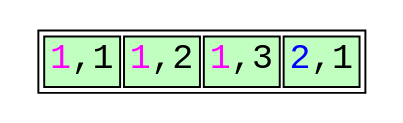
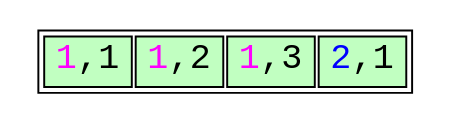
One commit to petergeoghegan/pg_query_internals changed the diagram in leaf-page-split.dot. Above: the diagram before and after it, drawn with Graphviz. The commit also changed 6 other files, not shown here.

```diff
--- a/leaf-page-split.dot
+++ b/leaf-page-split.dot
@@ -1,29 +1,29 @@
 // Example B-Tree graph
 //
 // Breadth-first order
 //
 // Start from root, go left to right
 //
 // Workflow:
 //
 // $ dot -T svg btree.dot -o btree.svg;
 
 digraph nbtree {
 graph [fontname = "monospace"];
 node [shape = none,height=.1,fontname = "monospace",fontsize=18];
 // Level 0 (leaf level)
-leafnode_1[ label=<<table>
+leafnode_1[ label=<<table width="180">
                     <tr>
-                        <td bgcolor='darkseagreen1' port="t2"><font color="magenta">1</font>,1</td>
-                        <td bgcolor='darkseagreen1' port="t3"><font color="magenta">1</font>,2</td>
-                        <td bgcolor='darkseagreen1' port="t4"><font color="magenta">1</font>,3</td>
+                        <td bgcolor='darkseagreen1' port="t2" width="45"><font color="magenta">1</font>,1</td>
+                        <td bgcolor='darkseagreen1' port="t3" width="45"><font color="magenta">1</font>,2</td>
+                        <td bgcolor='darkseagreen1' port="t4" width="45"><font color="magenta">1</font>,3</td>
                         <!-- <td align="center" border="0" bgcolor='white' port="t6">&#9986;</td> -->
-                        <td bgcolor='darkseagreen1' port="t7"><font color="blue">2</font>,1</td>
+                        <td bgcolor='darkseagreen1' port="t7" width="45"><font color="blue">2</font>,1</td>
                     </tr>
                 </table>
                >
         ];
 //Force alignment from root to internal to leaf levels:
 //edge[style=invis];
 //"rootnode":d1 -> "leafnode_2":t2
 }
```
